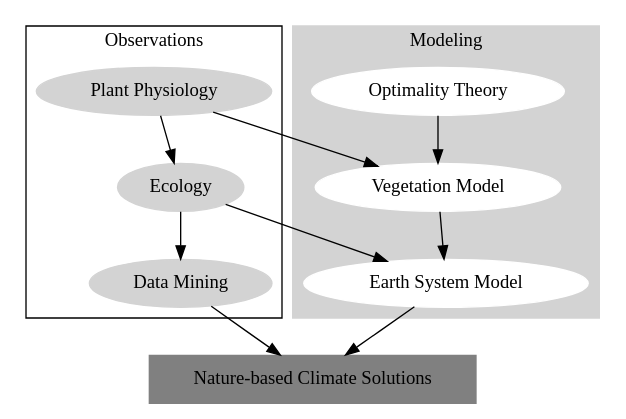
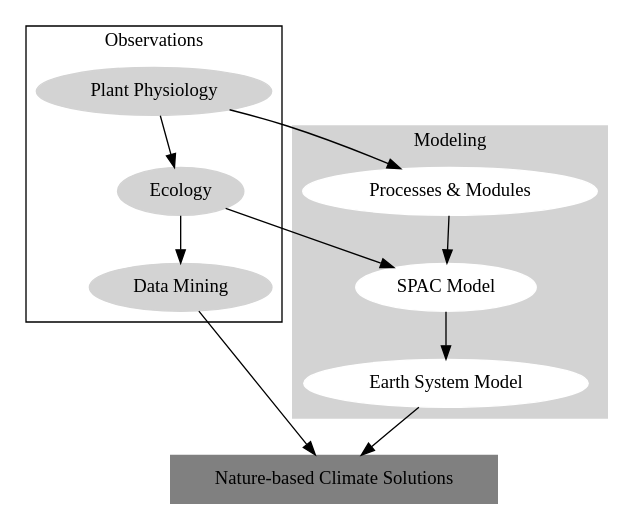
The diagram in diagrams/stream.dot (silicormosia/silicormosia.github.io), drawn with Graphviz before and after one commit. The commit also changed 2 other files, not shown here.

```diff
--- a/diagrams/stream.dot
+++ b/diagrams/stream.dot
@@ -1,33 +1,33 @@
 digraph stream {
     layout=dot
 
     /* define the boxes */
     L1 [label="Plant Physiology",style=filled,color=lightgray]
     L2 [label="Ecology",style=filled,color=lightgray]
     L3 [label="Data Mining",style=filled,color=lightgray]
-    T1 [label="Optimality Theory",style=filled,color=white]
-    T2 [label="Vegetation Model",style=filled,color=white]
+    T1 [label="Processes & Modules",style=filled,color=white]
+    T2 [label="SPAC Model",style=filled,color=white]
     T3 [label="Earth System Model",style=filled,color=white]
     A2 [label="Nature-based Climate Solutions",style=filled,color=gray,shape=box]
 
     /* subgraph for L1, L2, L3*/
     subgraph cluster0 {
         node [style=filled]
         L1 -> L2 -> L3
         label="Observations"
     }
 
     /* subgraph for T1, T2, T3*/
     subgraph cluster1 {
         node [style=filled]
         style=filled
         color=lightgray
         label="Modeling"
         T1 -> T2 -> T3
     }
 
     /* connect the boxes */
-    L1 -> T2
-    L2 -> T3
+    L1 -> T1
+    L2 -> T2
     {L3,T3} -> A2
 }
```
